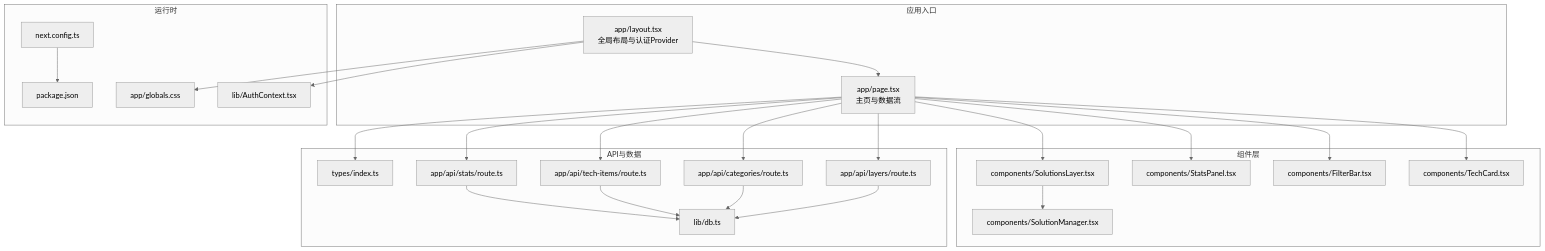
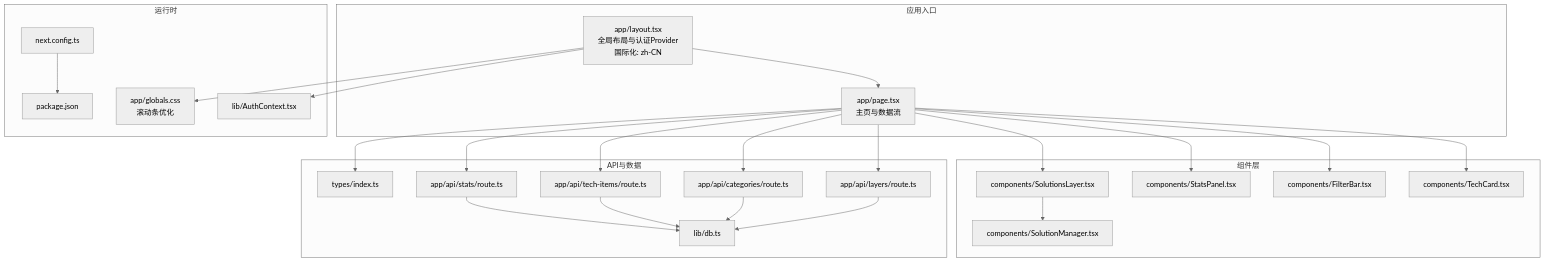
Before and after one commit to tutusiji/lantu-next: the first of 6 diagrams in .qoder/repowiki/zh/content/系统架构/前端架构.md, drawn with Mermaid (neutral theme). The commit also changed other lines of this file and 22 other files, not shown here.

````diff
--- a/.qoder/repowiki/zh/content/系统架构/前端架构.md
+++ b/.qoder/repowiki/zh/content/系统架构/前端架构.md
@@ -55,46 +64,46 @@
 ```mermaid
 graph TB
 subgraph "应用入口"
-L["app/layout.tsx<br/>全局布局与认证Provider"]
+L["app/layout.tsx<br/>全局布局与认证Provider<br/>国际化: zh-CN"]
 P["app/page.tsx<br/>主页与数据流"]
 end
 subgraph "组件层"
 C1["components/TechCard.tsx"]
 C2["components/FilterBar.tsx"]
 C3["components/StatsPanel.tsx"]
 C4["components/SolutionsLayer.tsx"]
 C5["components/SolutionManager.tsx"]
 end
 subgraph "API与数据"
 A1["app/api/layers/route.ts"]
 A2["app/api/categories/route.ts"]
 A3["app/api/tech-items/route.ts"]
 A4["app/api/stats/route.ts"]
 D1["lib/db.ts"]
 T1["types/index.ts"]
 end
 subgraph "运行时"
 AC["lib/AuthContext.tsx"]
-G["app/globals.css"]
+G["app/globals.css<br/>滚动条优化"]
 N["next.config.ts"]
 PKG["package.json"]
 end
 L --> P
 P --> C1
 P --> C2
 P --> C3
 P --> C4
 C4 --> C5
 P --> A1
 P --> A2
 P --> A3
 P --> A4
 A1 --> D1
 A2 --> D1
 A3 --> D1
 A4 --> D1
 P --> T1
 L --> AC
 L --> G
 N --> PKG
 ```
````
